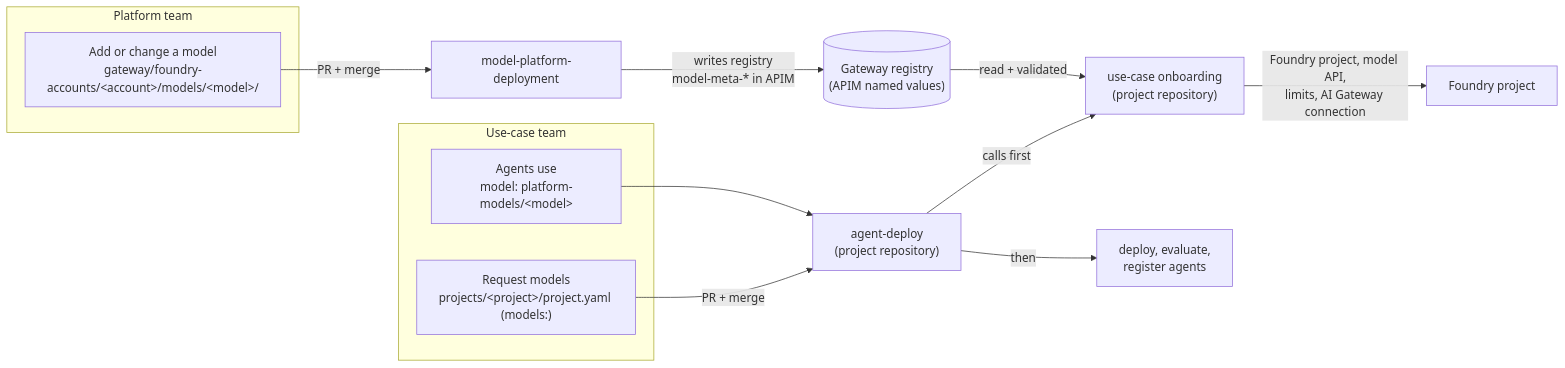
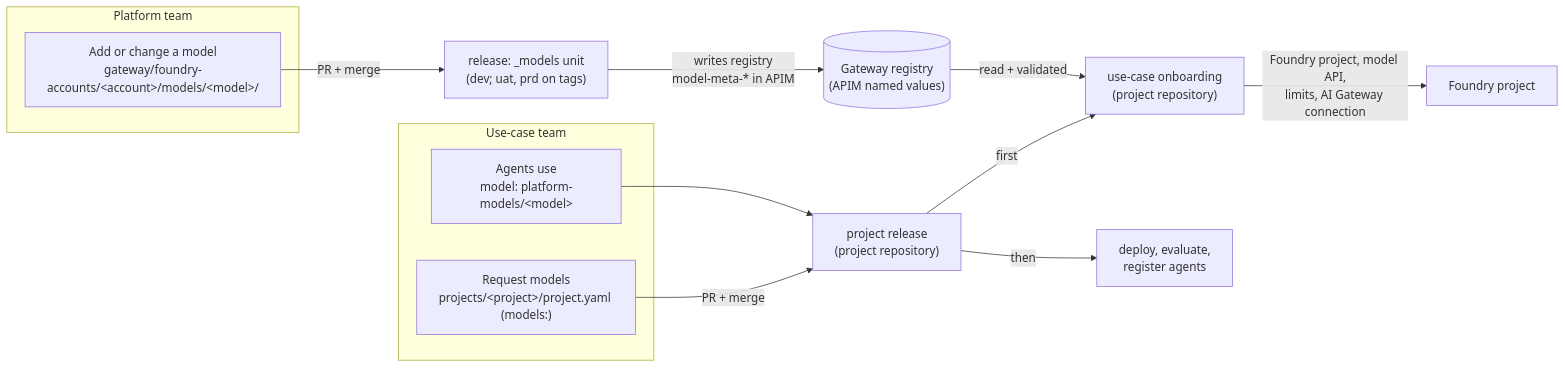
Before and after one commit to DeepuMM/ai-gateway: the first of 2 diagrams in gateway/README.md, drawn with Mermaid. The commit also changed other lines of this file and 33 other files, not shown here.

````diff
--- a/gateway/README.md
+++ b/gateway/README.md
@@ -44,18 +45,18 @@
 ```mermaid
 flowchart LR
   subgraph PT["Platform team"]
     A["Add or change a model<br/>gateway/foundry-accounts/&lt;account&gt;/models/&lt;model&gt;/"]
   end
   subgraph UC["Use-case team"]
     B["Request models<br/>projects/&lt;project&gt;/project.yaml (models:)"]
     C["Agents use<br/>model: platform-models/&lt;model&gt;"]
   end
-  A -->|PR + merge| P2["model-platform-deployment"]
+  A -->|PR + merge| P2["release: _models unit<br/>(dev; uat, prd on tags)"]
   P2 -->|"writes registry<br/>model-meta-* in APIM"| REG[("Gateway registry<br/>(APIM named values)")]
-  B -->|PR + merge| AD["agent-deploy<br/>(project repository)"]
-  AD -->|calls first| P3["use-case onboarding<br/>(project repository)"]
+  B -->|PR + merge| AD["project release<br/>(project repository)"]
+  AD -->|first| P3["use-case onboarding<br/>(project repository)"]
   REG -->|read + validated| P3
   P3 -->|"Foundry project, model API,<br/>limits, AI Gateway connection"| PROJ["Foundry project"]
   AD -->|then| DEP["deploy, evaluate,<br/>register agents"]
   C --> AD
 ```
````
